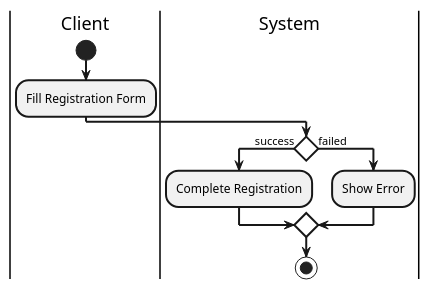
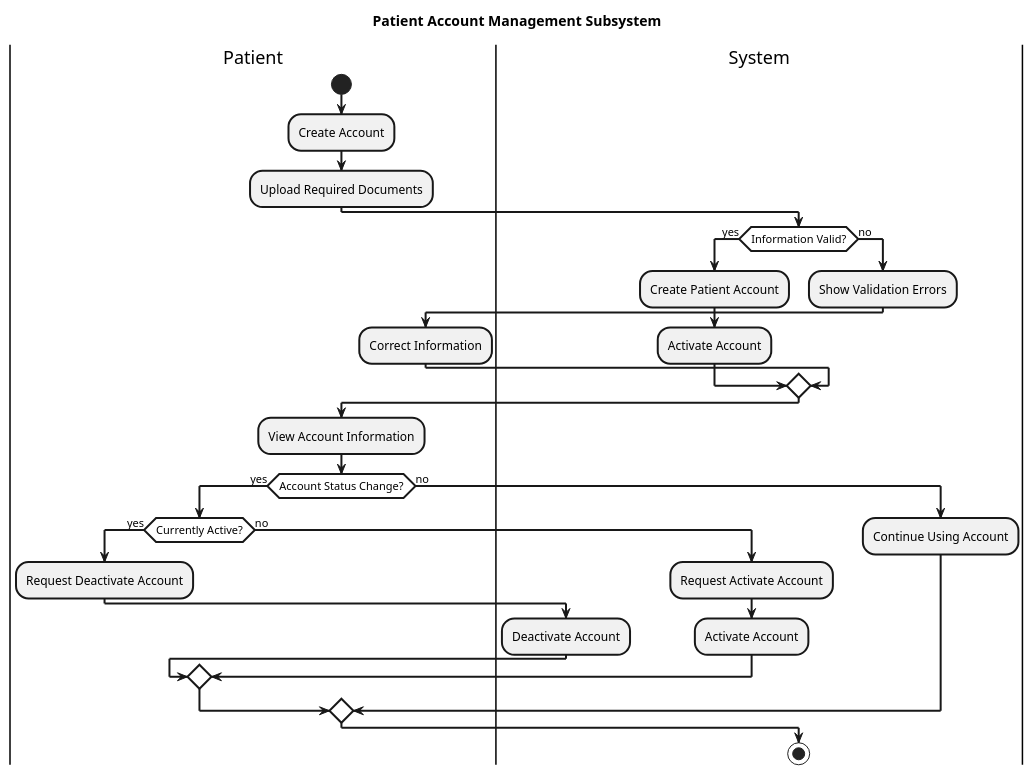
One commit to KuroKage-001/Mamatid_MedClinic changed the diagram in dist/02 - diagrams/Activity_Diagrams/client_registration_activity.puml. Above: the diagram before and after it, drawn with PlantUML. The commit also changed 5 other files, not shown here.

```diff
--- a/dist/02 - diagrams/Activity_Diagrams/client_registration_activity.puml
+++ b/dist/02 - diagrams/Activity_Diagrams/client_registration_activity.puml
@@ -1,20 +1,41 @@
 @startuml
+title Patient Account Management Subsystem
 skinparam defaultTextAlignment center
 skinparam ArrowThickness 2
 skinparam ActivityBorderThickness 2
 skinparam ActivityDiamondBackgroundColor white
 skinparam ActivityDiamondBorderThickness 2
 
-|Client|
+|Patient|
 start
-:Fill Registration Form;
+:Create Account;
+:Upload Required Documents;
 
 |System|
-if () then (success)
-  :Complete Registration;
-else (failed)
-  :Show Error;
+if (Information Valid?) then (yes)
+  :Create Patient Account;
+  :Activate Account;
+else (no)
+  :Show Validation Errors;
+  |Patient|
+  :Correct Information;
+endif
+
+|Patient|
+:View Account Information;
+if (Account Status Change?) then (yes)
+  if (Currently Active?) then (yes)
+    :Request Deactivate Account;
+    |System|
+    :Deactivate Account;
+  else (no)
+    :Request Activate Account;
+    |System|
+    :Activate Account;
+  endif
+else (no)
+  :Continue Using Account;
 endif
 stop
 
 @enduml 
```
